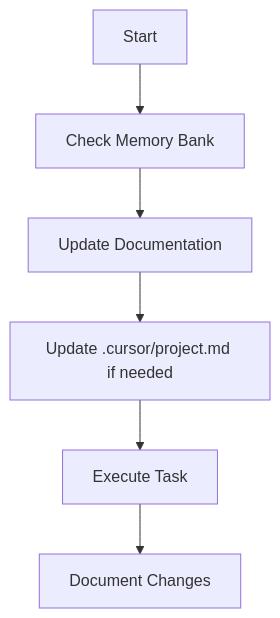
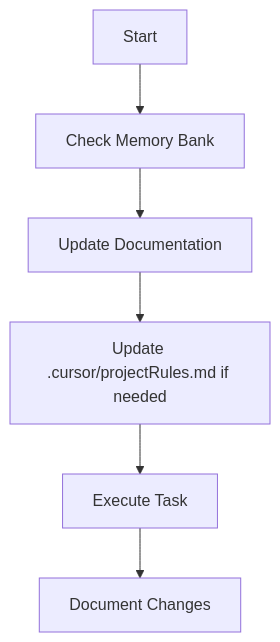
One commit to armedi/cursorrules changed the second of 5 diagrams in core.md. Above: the diagram before and after it, drawn with Mermaid. The commit also changed other lines of this file and 1 other file, not shown here.

Commit message:
Rename project.md to projectRules.md in core documentation

````diff
--- a/core.md
+++ b/core.md
@@ -45,8 +45,8 @@
 ```mermaid
 flowchart TD
     Start[Start] --> Context[Check Memory Bank]
     Context --> Update[Update Documentation]
-    Update --> Rules[Update .cursor/project.md if needed]
+    Update --> Rules[Update .cursor/projectRules.md if needed]
     Rules --> Execute[Execute Task]
     Execute --> Document[Document Changes]
 ```
````
